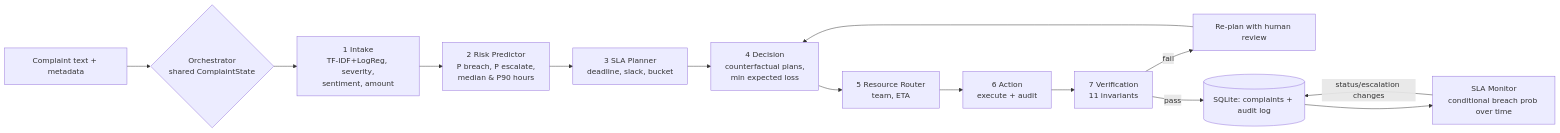
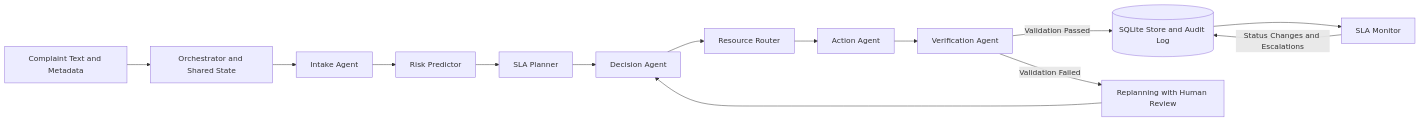
One commit to NavyaaaGoel/Multi-Agent-Decision-Intelligence-Framework-for-Predictive-Customer-Complaint-Management changed the diagram in README.md. Above: the diagram before and after it, drawn with Mermaid. The commit also changed other lines of this file, not shown here.

````diff
--- a/README.md
+++ b/README.md
@@ -26,16 +52,19 @@
 ```mermaid
 flowchart LR
-  C[Complaint text + metadata] --> O{Orchestrator<br/>shared ComplaintState}
-  O --> A1[1 Intake<br/>TF-IDF+LogReg, severity,<br/>sentiment, amount]
-  A1 --> A2[2 Risk Predictor<br/>P breach, P escalate,<br/>median & P90 hours]
-  A2 --> A3[3 SLA Planner<br/>deadline, slack, bucket]
-  A3 --> A4[4 Decision<br/>counterfactual plans,<br/>min expected loss]
-  A4 --> A5[5 Resource Router<br/>team, ETA]
-  A5 --> A6[6 Action<br/>execute + audit]
-  A6 --> A7[7 Verification<br/>11 invariants]
-  A7 -- fail --> R[Re-plan with human review]
-  R --> A4
-  A7 -- pass --> S[(SQLite: complaints + audit log)]
-  S --> M[SLA Monitor<br/>conditional breach prob over time]
-  M -- status/escalation changes --> S
+    C[Complaint Text and Metadata] --> O[Orchestrator and Shared State]
+
+    O --> A1[Intake Agent]
+    A1 --> A2[Risk Predictor]
+    A2 --> A3[SLA Planner]
+    A3 --> A4[Decision Agent]
+    A4 --> A5[Resource Router]
+    A5 --> A6[Action Agent]
+    A6 --> A7[Verification Agent]
+
+    A7 -->|Validation Passed| S[(SQLite Store and Audit Log)]
+    A7 -->|Validation Failed| R[Replanning with Human Review]
+    R --> A4
+
+    S --> M[SLA Monitor]
+    M -->|Status Changes and Escalations| S
 ```
````
